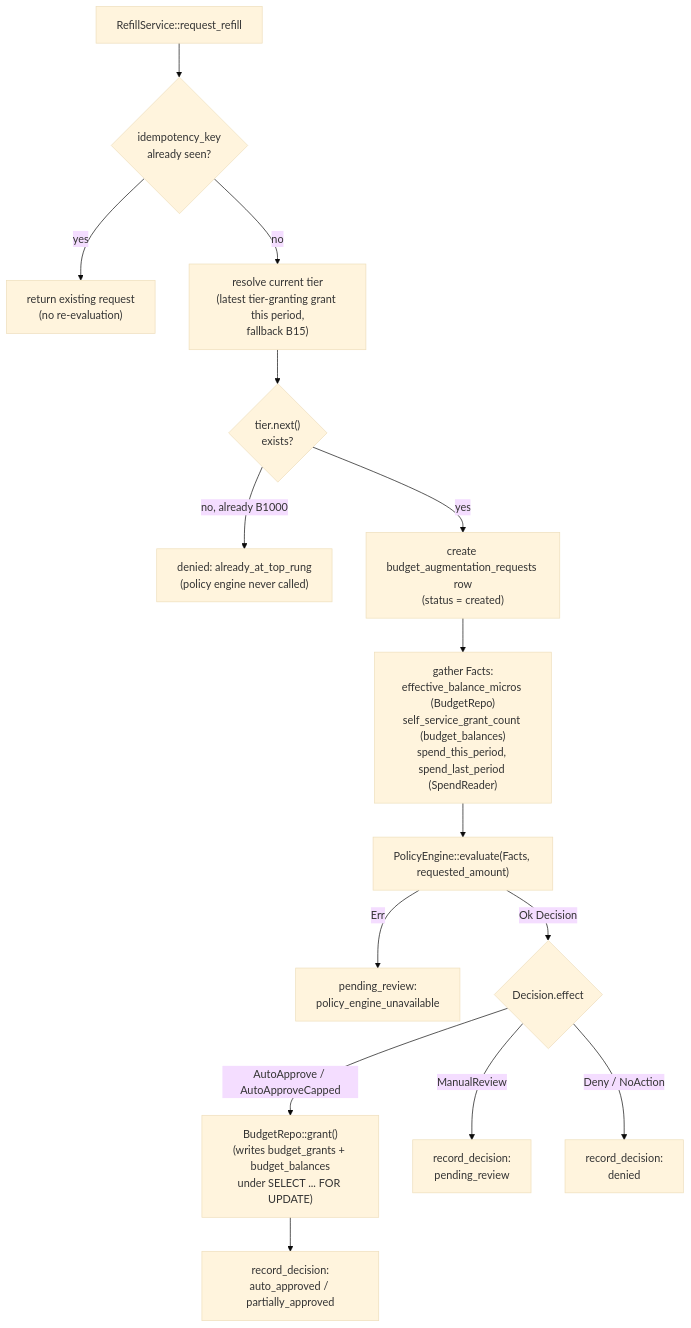
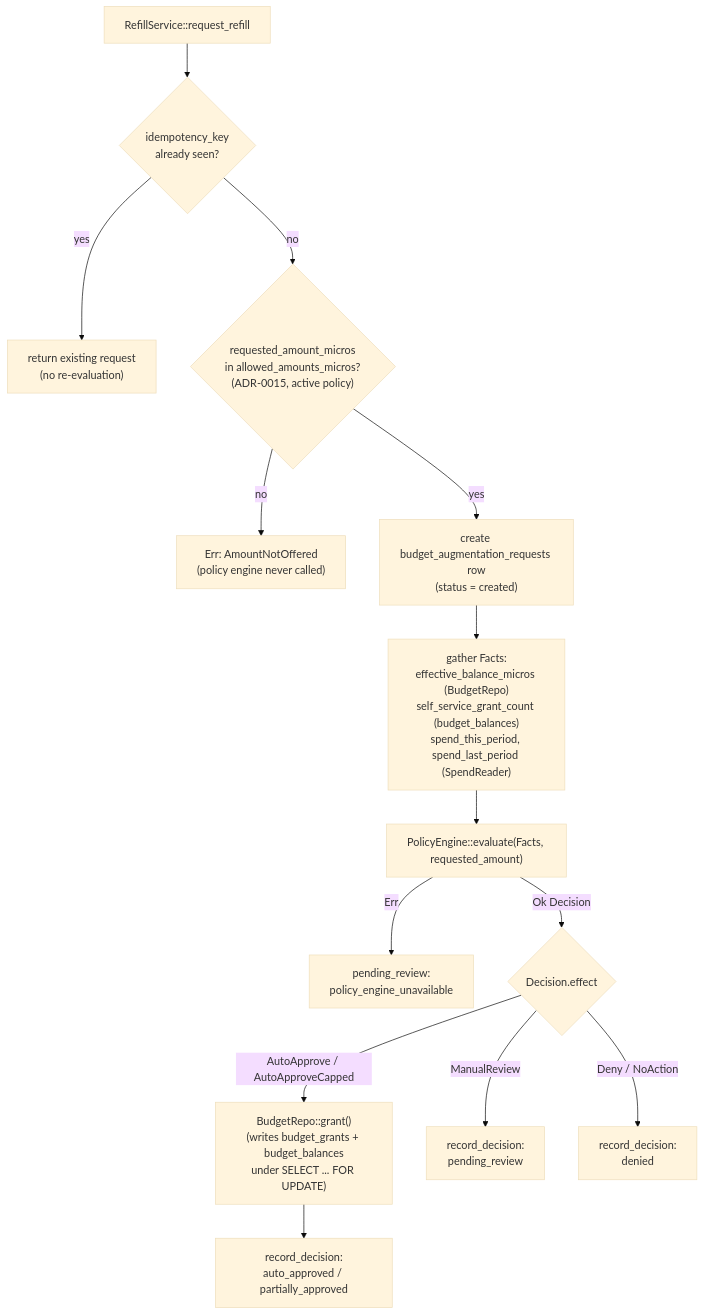
Before and after one commit to ADORSYS-GIS/lightbridge-authz: the second of 2 diagrams in docs/architecture/budget.md, drawn with Mermaid (base theme). The commit also changed other lines of this file and 11 other files, not shown here.

````diff
--- a/docs/architecture/budget.md
+++ b/docs/architecture/budget.md
@@ -106,17 +106,16 @@
 ```mermaid
 flowchart TD
     Req["RefillService::request_refill"] --> Idem{"idempotency_key\nalready seen?"}
     Idem -- yes --> Existing["return existing request\n(no re-evaluation)"]
-    Idem -- no --> Tier["resolve current tier\n(latest tier-granting grant this period,\nfallback B15)"]
-    Tier --> NextTier{"tier.next()\nexists?"}
-    NextTier -- no, already B1000 --> DenyTop["denied: already_at_top_rung\n(policy engine never called)"]
-    NextTier -- yes --> Create["create budget_augmentation_requests row\n(status = created)"]
+    Idem -- no --> Offered{"requested_amount_micros\nin allowed_amounts_micros?\n(ADR-0015, active policy)"}
+    Offered -- no --> DenyAmount["Err: AmountNotOffered\n(policy engine never called)"]
+    Offered -- yes --> Create["create budget_augmentation_requests row\n(status = created)"]
     Create --> Facts["gather Facts:\neffective_balance_micros (BudgetRepo)\nself_service_grant_count (budget_balances)\nspend_this_period, spend_last_period (SpendReader)"]
     Facts --> Engine["PolicyEngine::evaluate(Facts, requested_amount)"]
     Engine -- Err --> EngineDown["pending_review:\npolicy_engine_unavailable"]
     Engine -- Ok Decision --> Effect{"Decision.effect"}
     Effect -- AutoApprove / AutoApproveCapped --> Grant["BudgetRepo::grant()\n(writes budget_grants + budget_balances\nunder SELECT ... FOR UPDATE)"]
     Grant --> Recorded1["record_decision:\nauto_approved / partially_approved"]
     Effect -- ManualReview --> Recorded2["record_decision:\npending_review"]
     Effect -- Deny / NoAction --> Recorded3["record_decision:\ndenied"]
 ```
````
